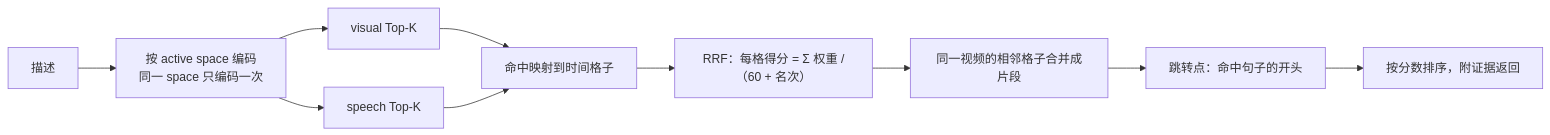
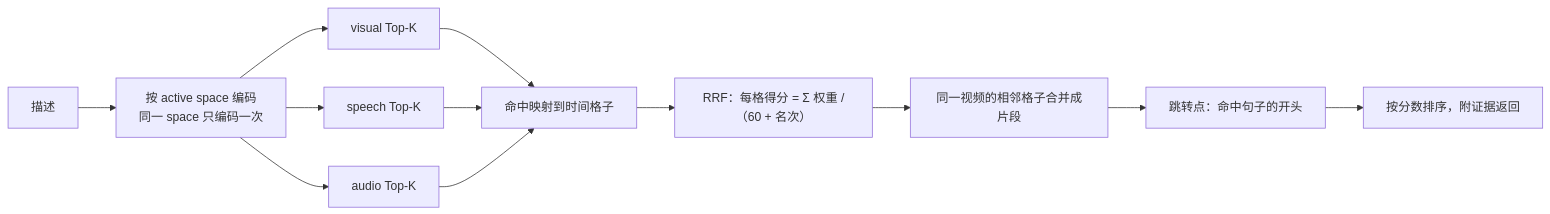
Diagram 12 of 17 in docs/design.md (realOzine/videohelper), drawn with Mermaid before and after one commit. The commit also changed other lines of this file and 4 other files, not shown here.

````diff
--- a/docs/design.md
+++ b/docs/design.md
@@ -515,12 +522,14 @@
 ```mermaid
 flowchart LR
   Q["描述"] --> E["按 active space 编码<br/>同一 space 只编码一次"]
   E --> R1["visual Top-K"]
   E --> R2["speech Top-K"]
+  E --> R3["audio Top-K"]
   R1 --> M["命中映射到时间格子"]
   R2 --> M
+  R3 --> M
   M --> F["RRF：每格得分 = Σ 权重 /（60 + 名次）"]
   F --> G["同一视频的相邻格子合并成片段"]
   G --> J["跳转点：命中句子的开头"]
   J --> O["按分数排序，附证据返回"]
 ```
````
